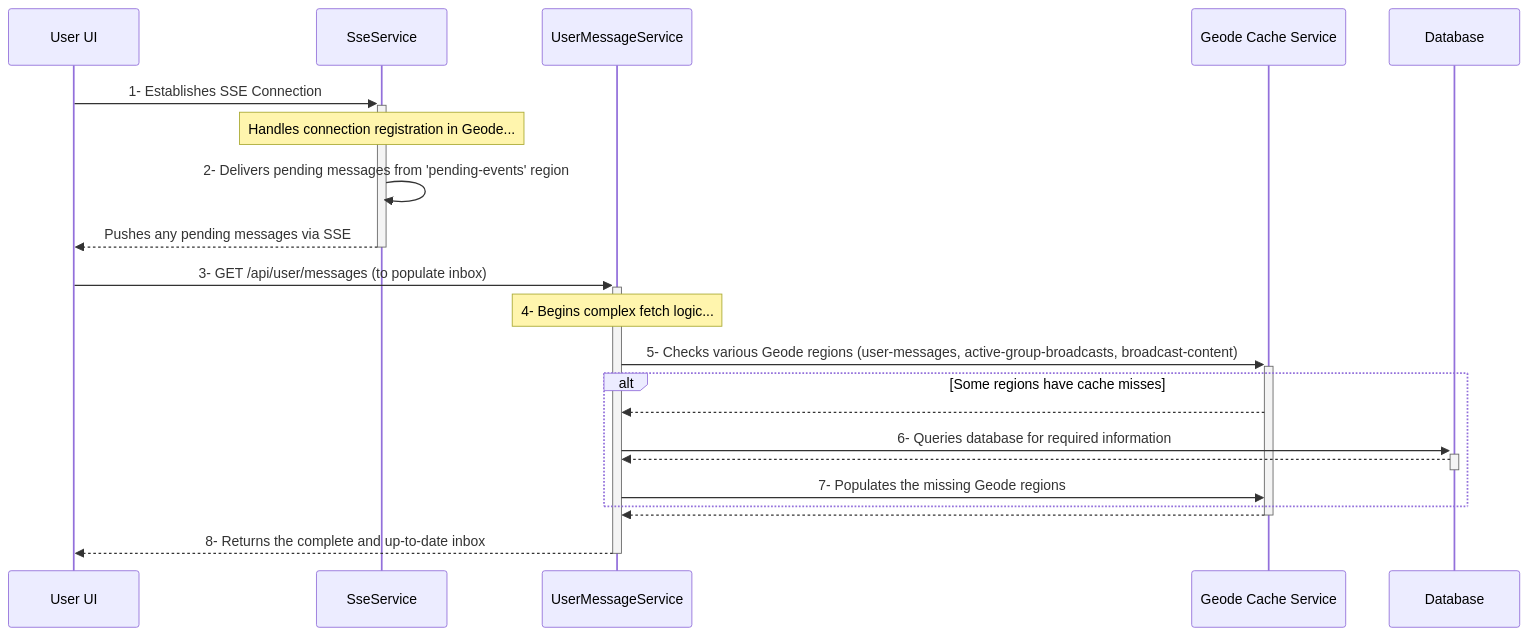
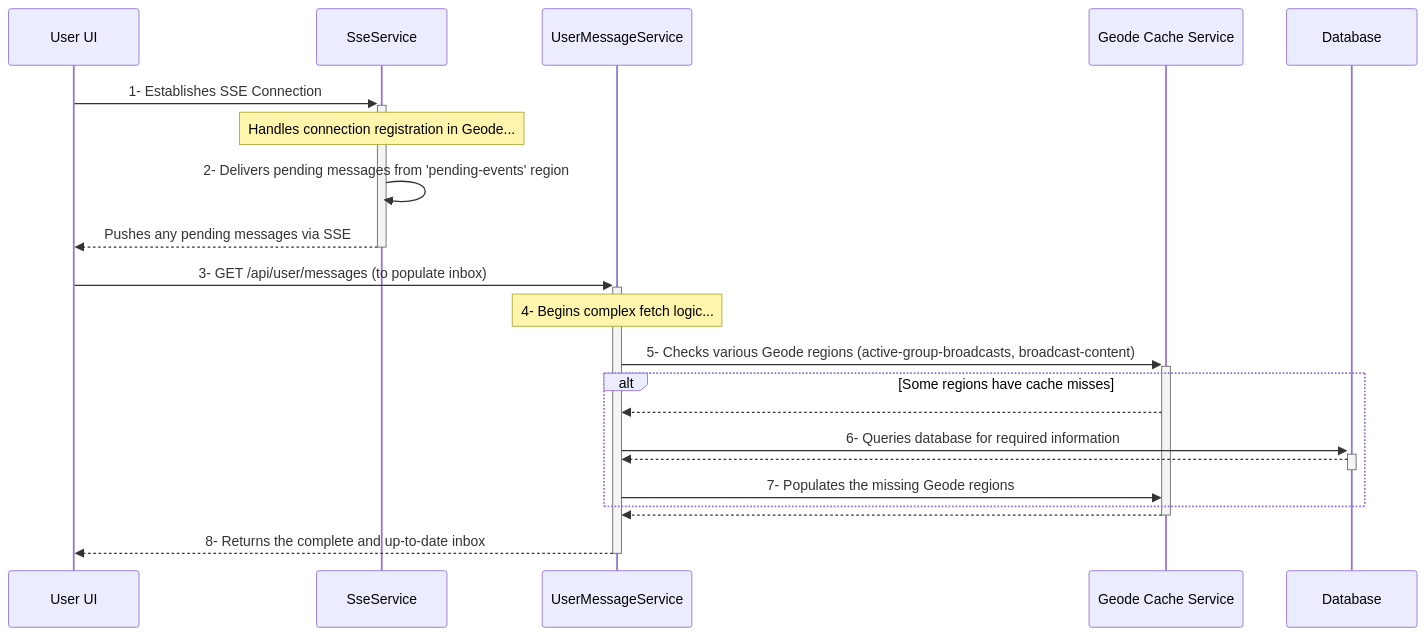
The diagram in MermaidDiagrams/graph-active-group-inbox.mmd (rsrini7/Notification-SSE-GLM-Flux), drawn with Mermaid before and after one commit. The commit also changed 11 other files, not shown here.

First line of the commit message:
refactor(cache): remove user-messages region and related functionality

```diff
--- a/MermaidDiagrams/graph-active-group-inbox.mmd
+++ b/MermaidDiagrams/graph-active-group-inbox.mmd
@@ -1,23 +1,23 @@
 sequenceDiagram
     participant UserUI as User UI
     participant SseSvc as SseService
     participant UserMsgSvc as UserMessageService
     participant GeodeCache as Geode Cache Service
     participant DB as Database
 
     UserUI->>+SseSvc: 1- Establishes SSE Connection
     Note over SseSvc: Handles connection registration in Geode...
     SseSvc->>SseSvc: 2- Delivers pending messages from 'pending-events' region
     SseSvc-->>-UserUI: Pushes any pending messages via SSE
     
     UserUI->>+UserMsgSvc: 3- GET /api/user/messages (to populate inbox)
     Note over UserMsgSvc: 4- Begins complex fetch logic...
-    UserMsgSvc->>+GeodeCache: 5- Checks various Geode regions (user-messages, active-group-broadcasts, broadcast-content)
+    UserMsgSvc->>+GeodeCache: 5- Checks various Geode regions (active-group-broadcasts, broadcast-content)
     alt Some regions have cache misses
         GeodeCache-->>UserMsgSvc: 
         UserMsgSvc->>+DB: 6- Queries database for required information
         DB-->>-UserMsgSvc: 
         UserMsgSvc->>GeodeCache: 7- Populates the missing Geode regions
     end
     GeodeCache-->>-UserMsgSvc: 
     UserMsgSvc-->>-UserUI: 8- Returns the complete and up-to-date inbox
```
